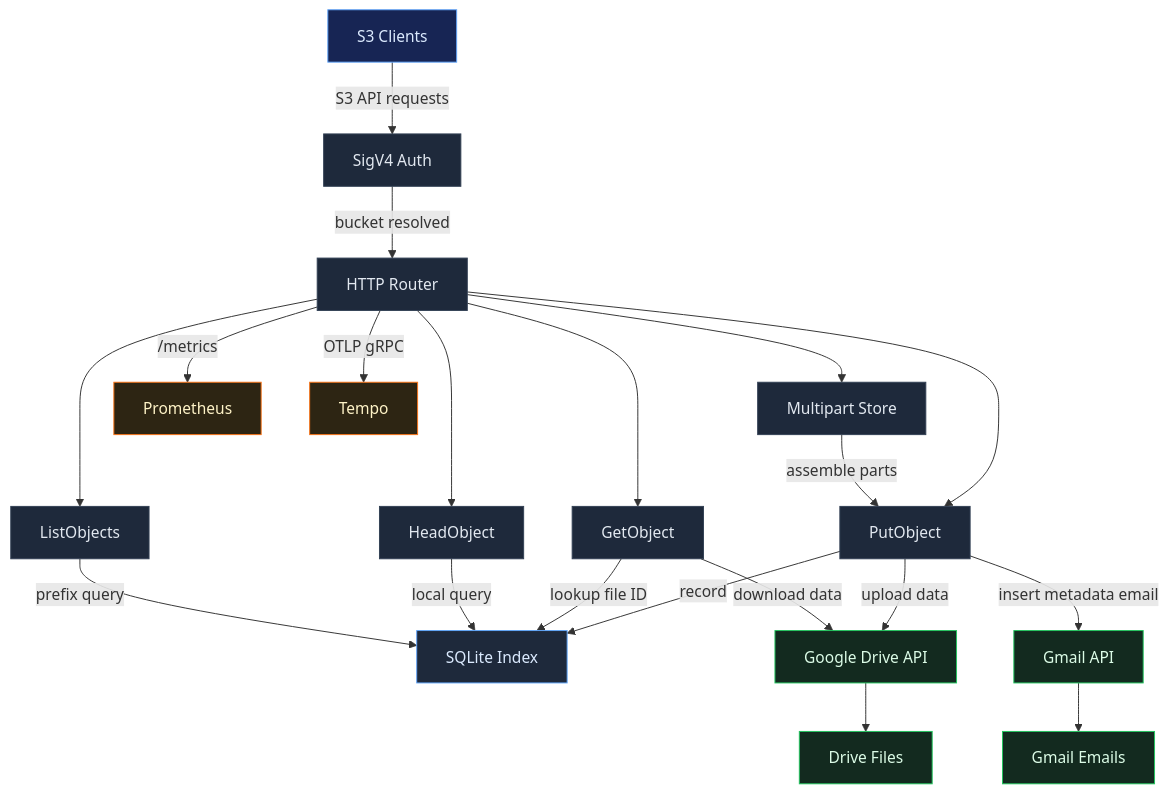
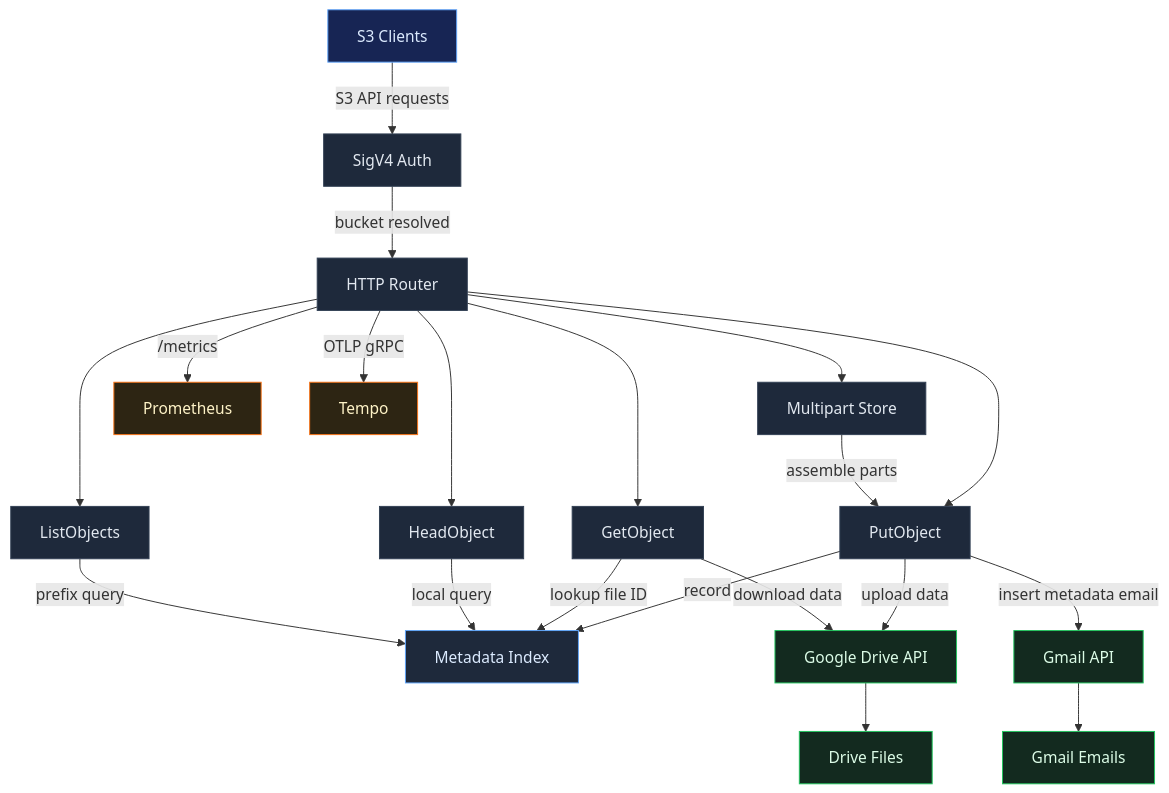
Before and after one commit to afreidah/g3: the diagram in web/content/docs/architecture.md, drawn with Mermaid. The commit also changed other lines of this file and 5 other files, not shown here.

```diff
--- a/web/content/docs/architecture.md
+++ b/web/content/docs/architecture.md
@@ -36,50 +36,50 @@
 {{< mermaid >}}
 flowchart TD
     CLIENT["S3 Clients"]
     AUTH["SigV4 Auth"]
     ROUTER["HTTP Router"]
     PUT["PutObject"]
     GET["GetObject"]
     HEAD["HeadObject"]
     LIST["ListObjects"]
     MULTI["Multipart Store"]
-    SQLITE["SQLite Index"]
+    SQLITE["Metadata Index"]
     DRIVE["Google Drive API"]
     GMAIL["Gmail API"]
     DRIVESTORE["Drive Files"]
     GMAILSTORE["Gmail Emails"]
     METRICS["Prometheus"]
     TRACING["Tempo"]
 
     CLIENT -->|"S3 API requests"| AUTH
     AUTH -->|"bucket resolved"| ROUTER
     ROUTER --> PUT
     ROUTER --> GET
     ROUTER --> HEAD
     ROUTER --> LIST
     ROUTER --> MULTI
     MULTI -->|"assemble parts"| PUT
     PUT -->|"upload data"| DRIVE
     PUT -->|"insert metadata email"| GMAIL
     PUT -->|"record"| SQLITE
     GET -->|"lookup file ID"| SQLITE
     GET -->|"download data"| DRIVE
     HEAD -->|"local query"| SQLITE
     LIST -->|"prefix query"| SQLITE
     DRIVE --> DRIVESTORE
     GMAIL --> GMAILSTORE
     ROUTER -->|"/metrics"| METRICS
     ROUTER -->|"OTLP gRPC"| TRACING
 
     classDef client fill:#172554,stroke:#60a5fa,color:#dbeafe
     classDef server fill:#1e293b,stroke:#334155,color:#e2e8f0
     classDef google fill:#132a1f,stroke:#22c55e,color:#dcfce7
     classDef local fill:#1e293b,stroke:#60a5fa,color:#dbeafe
     classDef obs fill:#2d2513,stroke:#f97316,color:#fef3c7
 
     class CLIENT client
     class AUTH,ROUTER,PUT,GET,HEAD,LIST,MULTI server
     class DRIVE,GMAIL,DRIVESTORE,GMAILSTORE google
     class SQLITE local
     class METRICS,TRACING obs
 {{< /mermaid >}}
```
